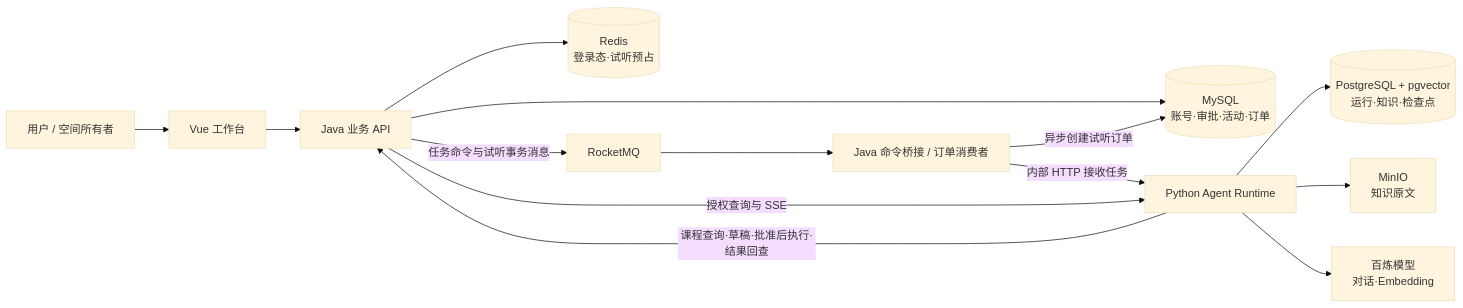
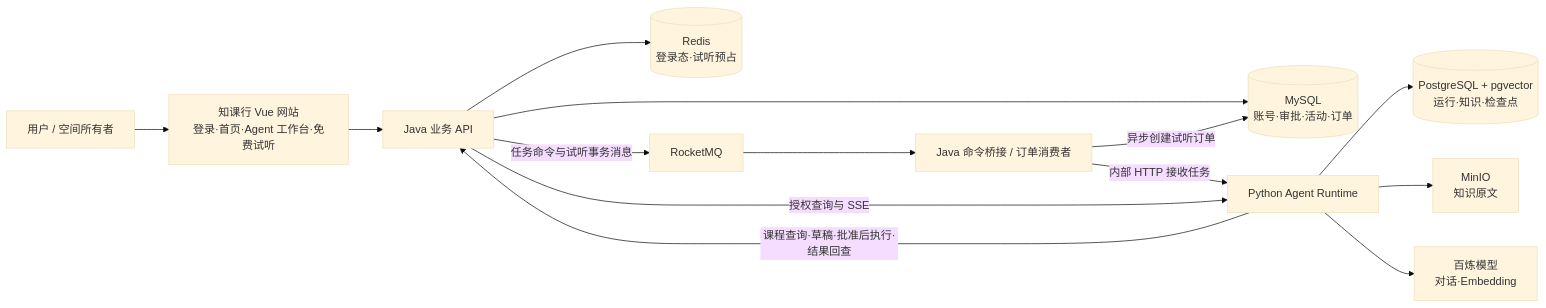
The diagram in docs/product/产品报告.md (Chen166-cloud/zhikexing-backend), drawn with Mermaid (base theme) before and after one commit. The commit also changed other lines of this file and 207 other files, not shown here.

````diff
--- a/docs/product/产品报告.md
+++ b/docs/product/产品报告.md
@@ -62,18 +64,18 @@
 ```mermaid
 flowchart LR
-    U[用户 / 空间所有者] --> V[Vue 工作台]
+    U[用户 / 空间所有者] --> V[知课行 Vue 网站<br/>登录·首页·Agent 工作台·免费试听]
     V --> J[Java 业务 API]
 
     J --> M[(MySQL<br/>账号·审批·活动·订单)]
     J --> R[(Redis<br/>登录态·试听预占)]
     J -->|任务命令与试听事务消息| Q[RocketMQ]
     Q --> B[Java 命令桥接 / 订单消费者]
     B -->|内部 HTTP 接收任务| P[Python Agent Runtime]
     B -->|异步创建试听订单| M
 
     J -->|授权查询与 SSE| P
     P -->|课程查询·草稿·批准后执行·结果回查| J
     P --> G[(PostgreSQL + pgvector<br/>运行·知识·检查点)]
     P --> S[MinIO<br/>知识原文]
     P --> L[百炼模型<br/>对话·Embedding]
 ```
````
